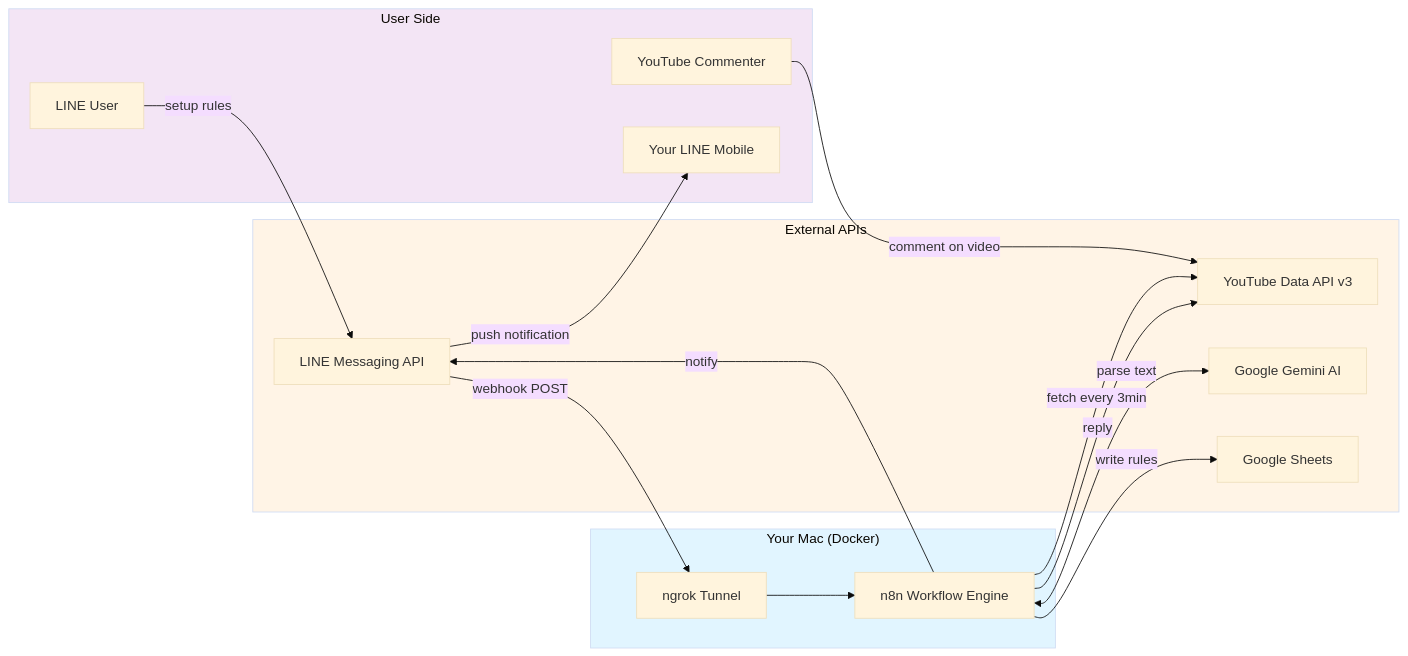
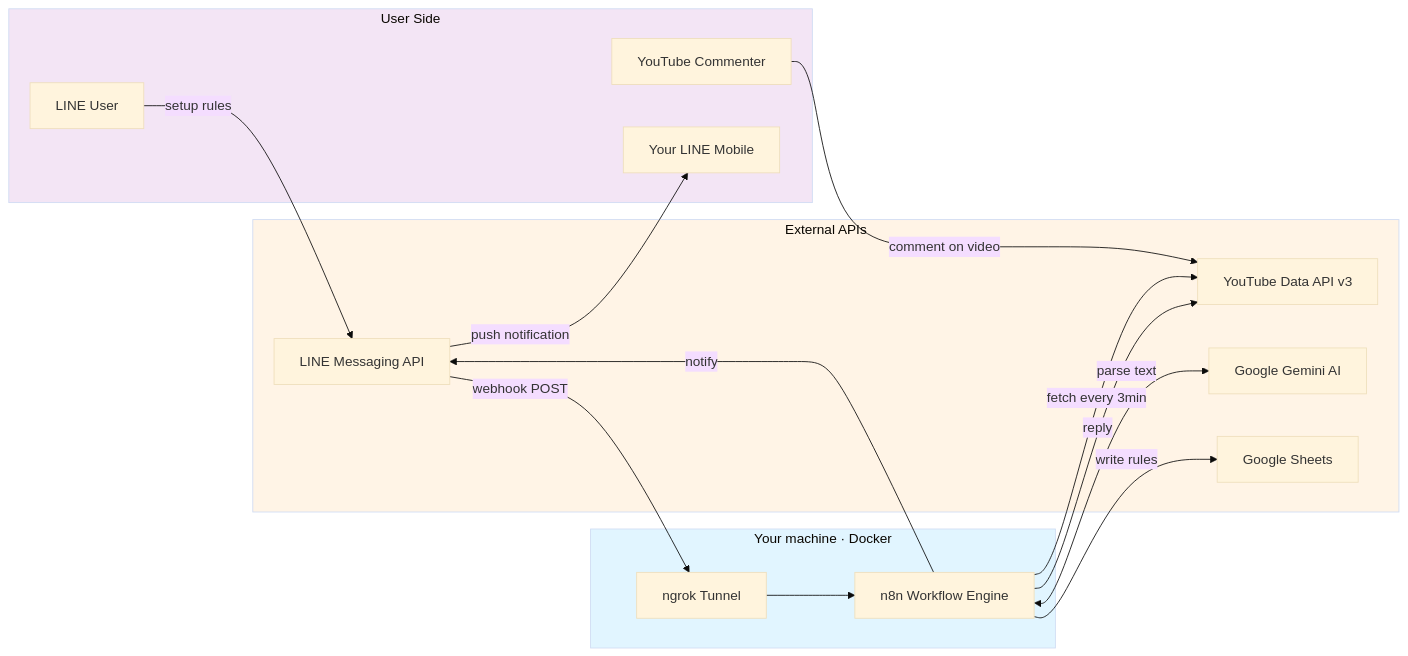
Before and after one commit to brianlab0/n8n-YouTube-Comment-Bot: the first of 3 diagrams in README.md, drawn with Mermaid (base theme). The commit also changed other lines of this file, not shown here.

Commit message:
Make setup OS-neutral (macOS / Windows / Linux)

````diff
--- a/README.md
+++ b/README.md
@@ -37,36 +37,36 @@
 ```mermaid
 flowchart LR
     subgraph User["User Side"]
         LineUser["LINE User"]
         Friend["YouTube Commenter"]
         Phone["Your LINE Mobile"]
     end
 
     subgraph Cloud["External APIs"]
         LineAPI["LINE Messaging API"]
         YouTubeAPI["YouTube Data API v3"]
         Gemini["Google Gemini AI"]
         Sheets["Google Sheets"]
     end
 
-    subgraph Local["Your Mac (Docker)"]
+    subgraph Local["Your machine · Docker"]
         Ngrok["ngrok Tunnel"]
         N8N["n8n Workflow Engine"]
     end
 
     LineUser -->|setup rules| LineAPI
     LineAPI -->|webhook POST| Ngrok
     Ngrok --> N8N
     N8N <-->|parse text| Gemini
     N8N -->|write rules| Sheets
 
     Friend -->|comment on video| YouTubeAPI
     N8N -->|fetch every 3min| YouTubeAPI
     N8N -->|reply| YouTubeAPI
     N8N -->|notify| LineAPI
     LineAPI -->|push notification| Phone
 
     style Local fill:#e1f5ff
     style Cloud fill:#fff4e6
     style User fill:#f3e5f5
 ```
````
